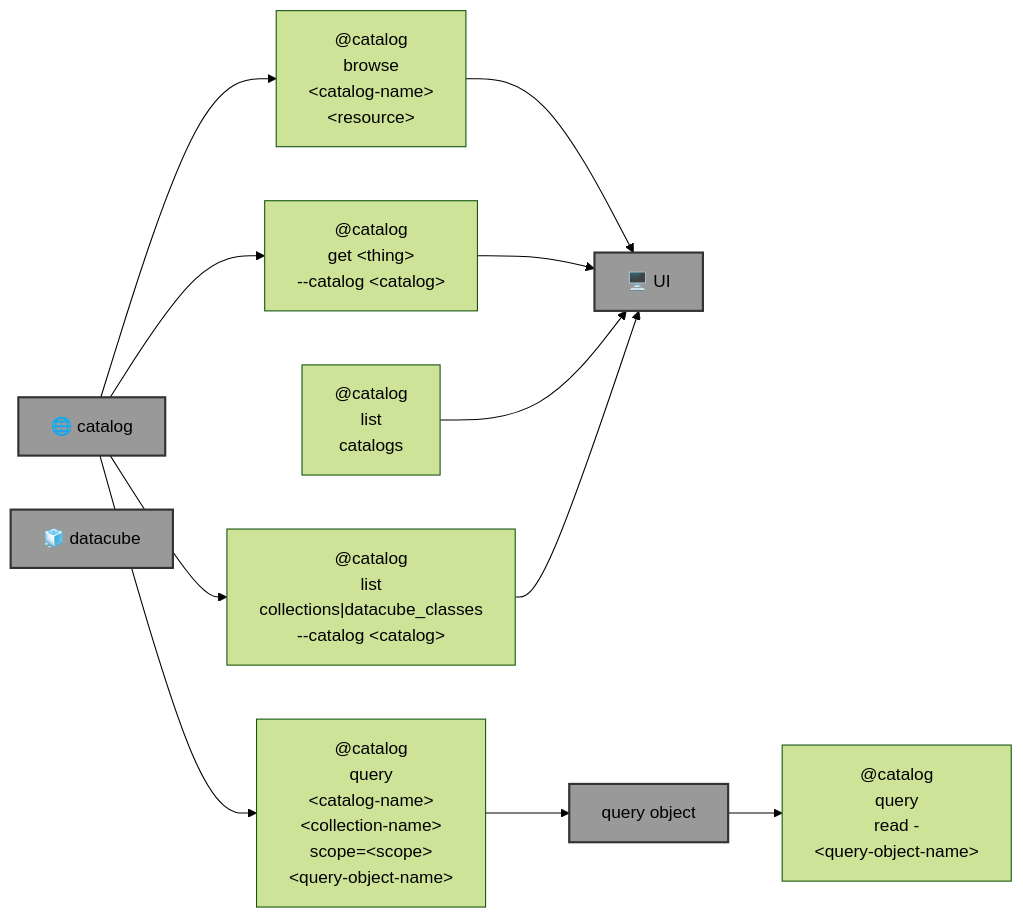
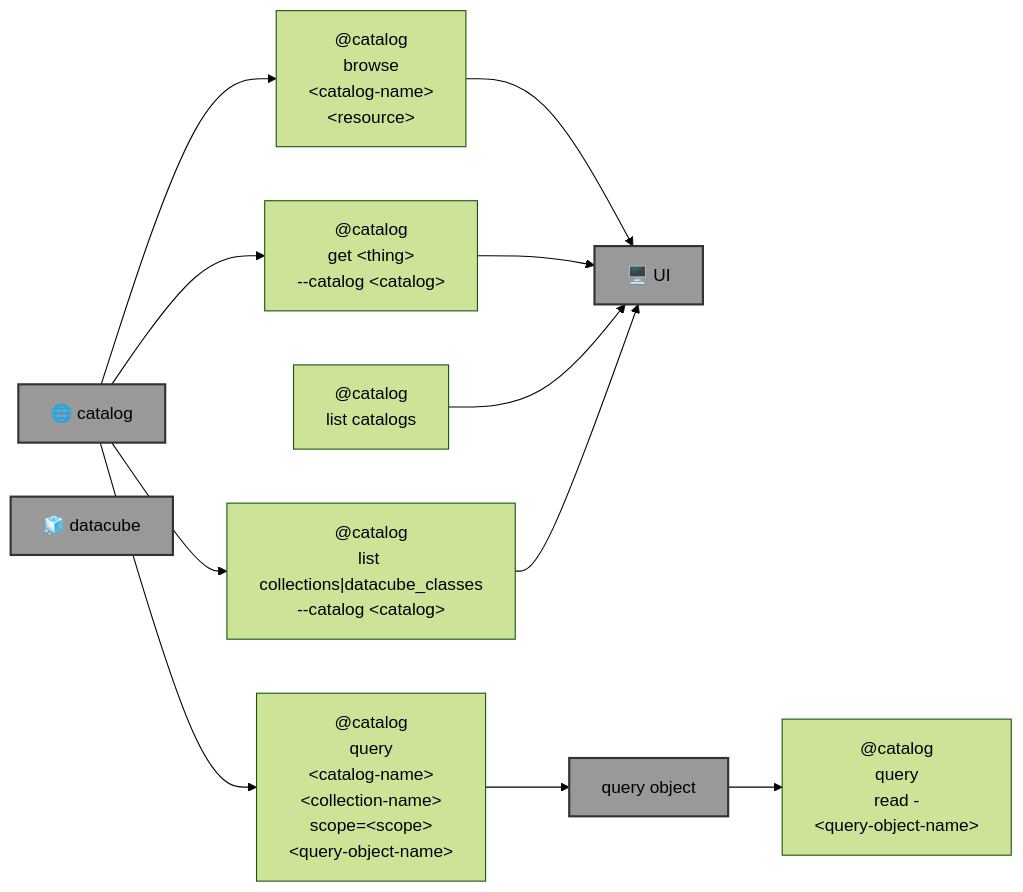
Before and after one commit to kamangir/blue-geo: the diagram in README.md, drawn with Mermaid (forest theme). The commit also changed other lines of this file and 3 other files, not shown here.

````diff
--- a/README.md
+++ b/README.md
@@ -9,32 +9,32 @@
 ```mermaid
 graph LR
     catalog_browse["@catalog<br>browse<br>&lt;catalog-name&gt;<br>&lt;resource&gt;"]
     catalog_get["@catalog<br>get &lt;thing&gt;<br>--catalog &lt;catalog&gt;"]
-    catalog_list_catalogs["@catalog<br>list<br>catalogs"]
-    catalog_list["@catalog<br>list<br>collections|datacube_classes<br>--catalog &lt;catalog&gt;"]
+    catalog_list_catalogs["@catalog<br>list catalogs"]
+    catalog_list["@catalog<br>list collections|datacube_classes<br>--catalog &lt;catalog&gt;"]
     catalog_query["@catalog<br>query<br>&lt;catalog-name&gt;<br>&lt;collection-name&gt;<br>scope=&lt;scope&gt;<br>&lt;query-object-name&gt;"]
     catalog_query_read["@catalog<br>query<br>read -<br>&lt;query-object-name&gt;"]
 
     catalog["🌐 catalog"]:::folder
     datacube_id["🧊 datacube"]:::folder
     UI["🖥️ UI"]:::folder
     query_object["query object"]:::folder
 
     catalog --> catalog_browse
     catalog_browse --> UI
 
     catalog --> catalog_get
     catalog_get --> UI
 
     catalog_list_catalogs --> UI
 
     catalog --> catalog_list
     catalog_list --> UI
 
     catalog --> catalog_query
     catalog_query --> query_object
 
     query_object --> catalog_query_read
 
     classDef folder fill:#999,stroke:#333,stroke-width:2px;
 ```
````
